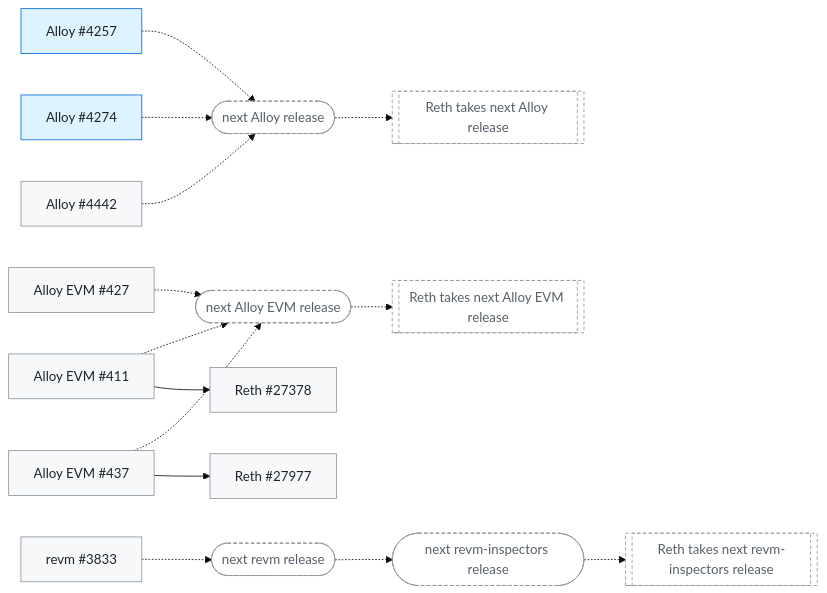
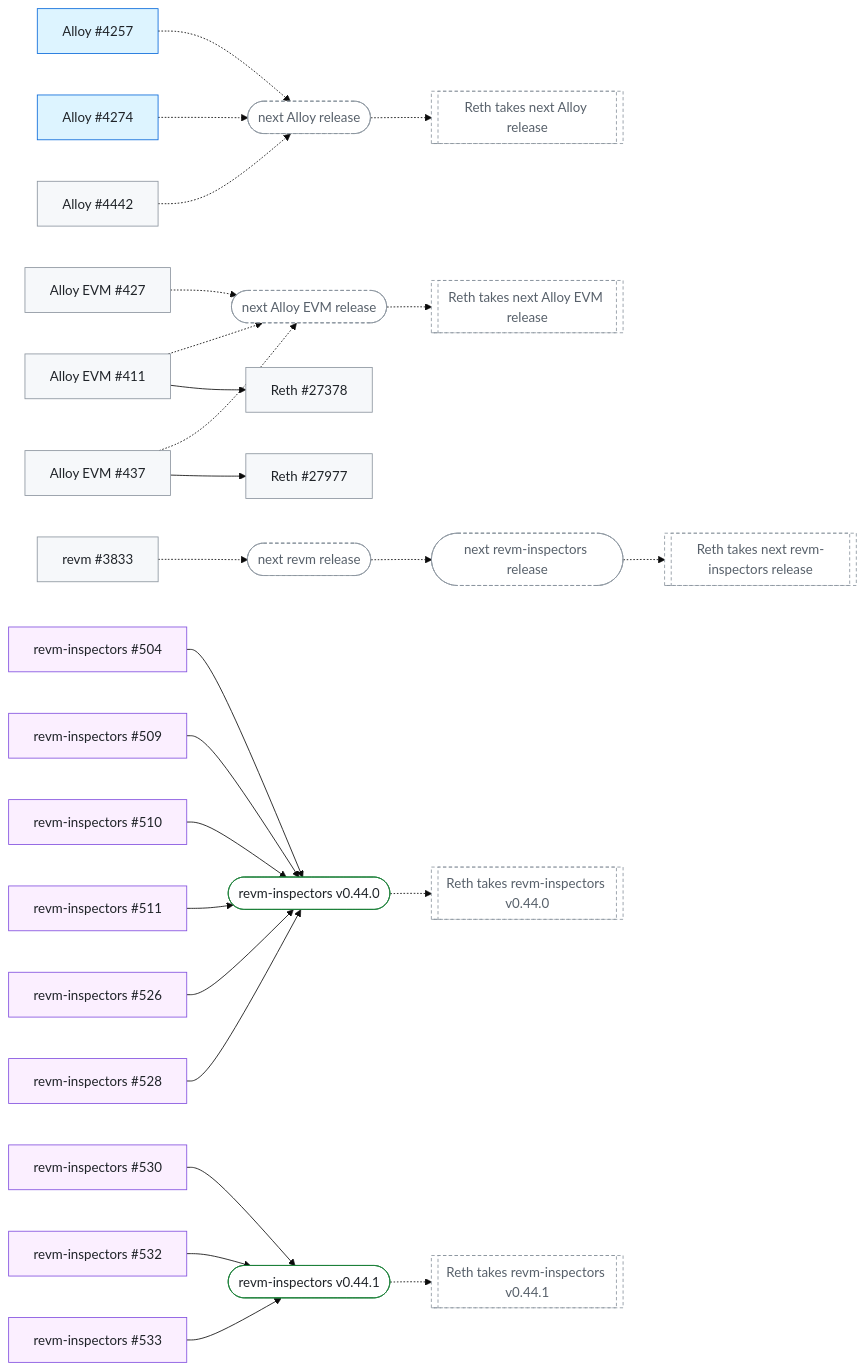
One commit to banteg/trace-interop changed the second of 2 diagrams in docs/client-fixes.md. Above: the diagram before and after it, drawn with Mermaid (base theme). The commit also changed other lines of this file and 2420 other files, not shown here.

````diff
--- a/docs/client-fixes.md
+++ b/docs/client-fixes.md
@@ -165,35 +165,61 @@
 ```mermaid
 flowchart LR
   Alloy_4257["Alloy #4257"]:::merged
   next_Alloy_release(["next Alloy release"]):::pending
   Reth_takes_next_Alloy_release[["Reth takes next Alloy release"]]:::pending
   Alloy_4274["Alloy #4274"]:::merged
   Alloy_4442["Alloy #4442"]:::open
   Alloy_EVM_411["Alloy EVM #411"]:::open
   next_Alloy_EVM_release(["next Alloy EVM release"]):::pending
   Reth_takes_next_Alloy_EVM_release[["Reth takes next Alloy EVM release"]]:::pending
   Alloy_EVM_427["Alloy EVM #427"]:::open
   Alloy_EVM_437["Alloy EVM #437"]:::open
   Reth_27378["Reth #27378"]:::open
   Reth_27977["Reth #27977"]:::open
   revm_3833["revm #3833"]:::open
   next_revm_release(["next revm release"]):::pending
   next_revm_inspectors_release(["next revm-inspectors release"]):::pending
   Reth_takes_next_revm_inspectors_release[["Reth takes next revm-inspectors release"]]:::pending
+  revm_inspectors_504["revm-inspectors #504"]:::released
+  revm_inspectors_v0_44_0(["revm-inspectors v0.44.0"]):::done
+  Reth_takes_revm_inspectors_v0_44_0[["Reth takes revm-inspectors v0.44.0"]]:::pending
+  revm_inspectors_509["revm-inspectors #509"]:::released
+  revm_inspectors_510["revm-inspectors #510"]:::released
+  revm_inspectors_511["revm-inspectors #511"]:::released
+  revm_inspectors_526["revm-inspectors #526"]:::released
+  revm_inspectors_528["revm-inspectors #528"]:::released
+  revm_inspectors_530["revm-inspectors #530"]:::released
+  revm_inspectors_v0_44_1(["revm-inspectors v0.44.1"]):::done
+  Reth_takes_revm_inspectors_v0_44_1[["Reth takes revm-inspectors v0.44.1"]]:::pending
+  revm_inspectors_532["revm-inspectors #532"]:::released
+  revm_inspectors_533["revm-inspectors #533"]:::released
   Alloy_4257 -.-> next_Alloy_release
   next_Alloy_release -.-> Reth_takes_next_Alloy_release
   Alloy_4274 -.-> next_Alloy_release
   Alloy_4442 -.-> next_Alloy_release
   Alloy_EVM_411 -.-> next_Alloy_EVM_release
   next_Alloy_EVM_release -.-> Reth_takes_next_Alloy_EVM_release
   Alloy_EVM_427 -.-> next_Alloy_EVM_release
   Alloy_EVM_437 -.-> next_Alloy_EVM_release
   Alloy_EVM_411 --> Reth_27378
   Alloy_EVM_437 --> Reth_27977
   revm_3833 -.-> next_revm_release
   next_revm_release -.-> next_revm_inspectors_release
   next_revm_inspectors_release -.-> Reth_takes_next_revm_inspectors_release
+  revm_inspectors_504 --> revm_inspectors_v0_44_0
+  revm_inspectors_v0_44_0 -.-> Reth_takes_revm_inspectors_v0_44_0
+  revm_inspectors_509 --> revm_inspectors_v0_44_0
+  revm_inspectors_510 --> revm_inspectors_v0_44_0
+  revm_inspectors_511 --> revm_inspectors_v0_44_0
+  revm_inspectors_526 --> revm_inspectors_v0_44_0
+  revm_inspectors_528 --> revm_inspectors_v0_44_0
+  revm_inspectors_530 --> revm_inspectors_v0_44_1
+  revm_inspectors_v0_44_1 -.-> Reth_takes_revm_inspectors_v0_44_1
+  revm_inspectors_532 --> revm_inspectors_v0_44_1
+  revm_inspectors_533 --> revm_inspectors_v0_44_1
   classDef open fill:#f6f8fa,stroke:#8c959f,color:#1f2328
   classDef merged fill:#ddf4ff,stroke:#0969da,color:#1f2328
+  classDef released fill:#fbefff,stroke:#8250df,color:#1f2328
+  classDef done fill:#ffffff,stroke:#1a7f37,color:#1f2328
   classDef pending fill:#ffffff,stroke:#8c959f,stroke-dasharray:4 3,color:#57606a
 ```
````
